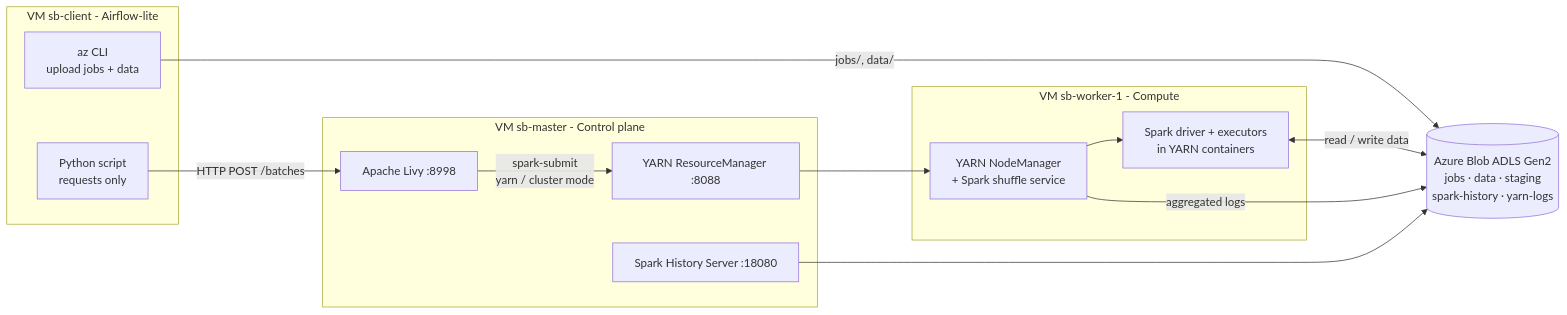
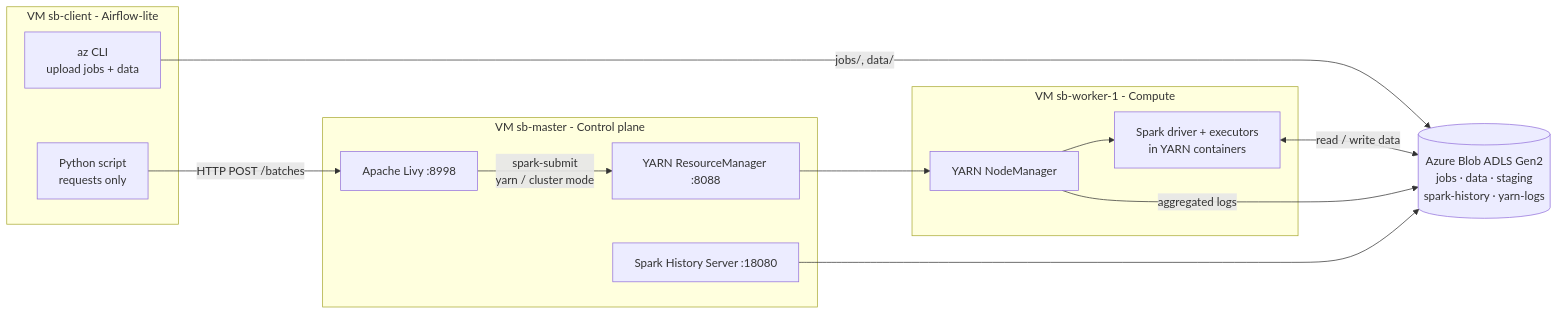
The diagram in README.md (thanhphat2609/spark-bridge), drawn with Mermaid before and after one commit. The commit also changed other lines of this file and 7 other files, not shown here.

````diff
--- a/README.md
+++ b/README.md
@@ -39,27 +39,27 @@
 ```mermaid
 graph LR
     subgraph CLIENT [VM sb-client - Airflow-lite]
         C[Python script<br/>requests only]
         AZ[az CLI<br/>upload jobs + data]
     end
 
     subgraph MASTER [VM sb-master - Control plane]
         L[Apache Livy :8998]
         RM[YARN ResourceManager :8088]
         SHS[Spark History Server :18080]
     end
 
     subgraph WORKER [VM sb-worker-1 - Compute]
-        NM[YARN NodeManager<br/>+ Spark shuffle service]
+        NM[YARN NodeManager]
         D[Spark driver + executors<br/>in YARN containers]
     end
 
     C -- "HTTP POST /batches" --> L
     L -- "spark-submit<br/>yarn / cluster mode" --> RM
     RM --> NM
     NM --> D
     AZ -- "jobs/, data/" --> OBJ
     D <-- "read / write data" --> OBJ[(Azure Blob ADLS Gen2<br/>jobs · data · staging<br/>spark-history · yarn-logs)]
     NM -- "aggregated logs" --> OBJ
     SHS --> OBJ
 ```
````
